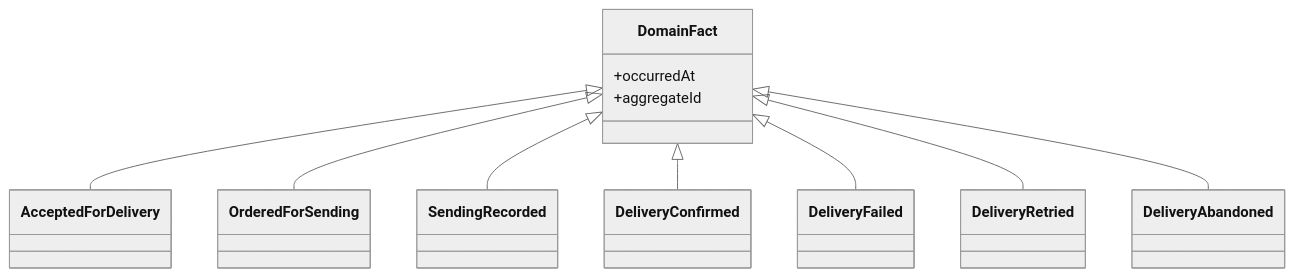
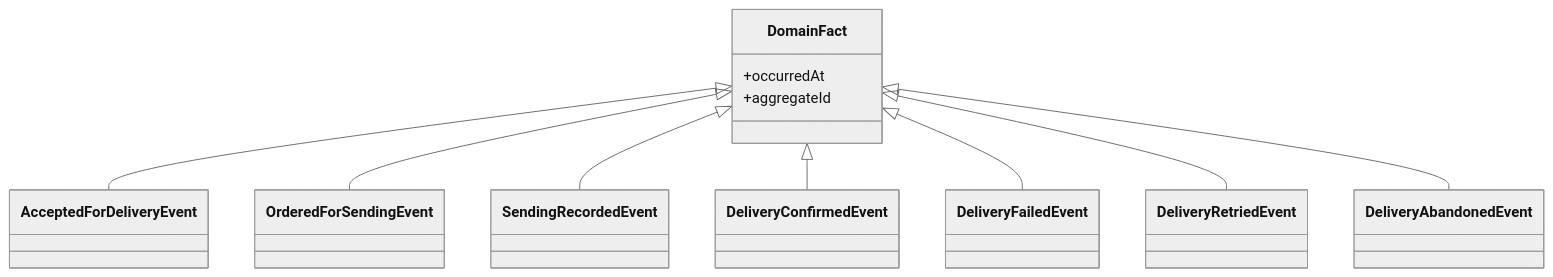
Before and after one commit to Morocoders-Arq-9056/votochain-api-backend: the third of 3 diagrams in docs/Bounded Contexts/blockchain-relay-transaction-delivery/domain-model.md, drawn with Mermaid (neutral theme). The commit also changed other lines of this file and 20 other files, not shown here.

````diff
--- a/docs/Bounded Contexts/blockchain-relay-transaction-delivery/domain-model.md
+++ b/docs/Bounded Contexts/blockchain-relay-transaction-delivery/domain-model.md
@@ -226,14 +226,14 @@
 ```mermaid
 classDiagram
     class DomainFact {
         +occurredAt
         +aggregateId
     }
-    DomainFact <|-- AcceptedForDelivery
-    DomainFact <|-- OrderedForSending
-    DomainFact <|-- SendingRecorded
-    DomainFact <|-- DeliveryConfirmed
-    DomainFact <|-- DeliveryFailed
-    DomainFact <|-- DeliveryRetried
-    DomainFact <|-- DeliveryAbandoned
+    DomainFact <|-- AcceptedForDeliveryEvent
+    DomainFact <|-- OrderedForSendingEvent
+    DomainFact <|-- SendingRecordedEvent
+    DomainFact <|-- DeliveryConfirmedEvent
+    DomainFact <|-- DeliveryFailedEvent
+    DomainFact <|-- DeliveryRetriedEvent
+    DomainFact <|-- DeliveryAbandonedEvent
 ```
````
